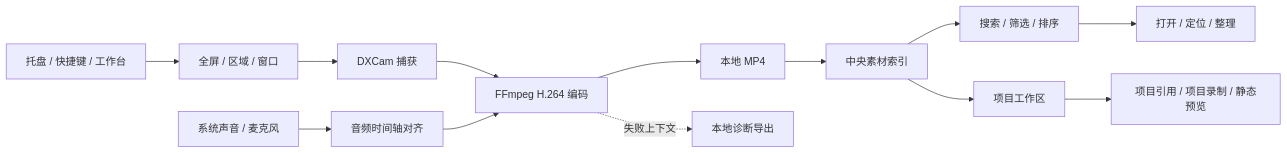
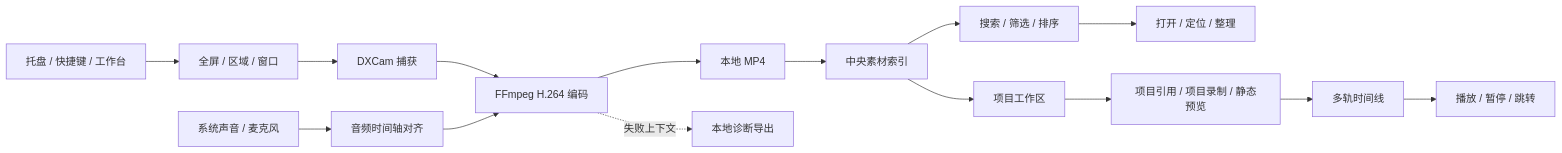
One commit to NzyZzz1998/QuickRec changed the diagram in README.md. Above: the diagram before and after it, drawn with Mermaid. The commit also changed other lines of this file and 86 other files, not shown here.

Commit message:
feat(v1.9.2): add playable multi-track timeline

````diff
--- a/README.md
+++ b/README.md
@@ -147,15 +181,17 @@
 ```mermaid
 flowchart LR
     A["托盘 / 快捷键 / 工作台"] --> B["全屏 / 区域 / 窗口"]
     B --> C["DXCam 捕获"]
     D["系统声音 / 麦克风"] --> E["音频时间轴对齐"]
     C --> F["FFmpeg H.264 编码"]
     E --> F
     F --> G["本地 MP4"]
     G --> H["中央素材索引"]
     H --> I["搜索 / 筛选 / 排序"]
     I --> J["打开 / 定位 / 整理"]
     H --> L["项目工作区"]
     L --> M["项目引用 / 项目录制 / 静态预览"]
+    M --> N["多轨时间线"]
+    N --> O["播放 / 暂停 / 跳转"]
     F -. "失败上下文" .-> K["本地诊断导出"]
 ```
````
